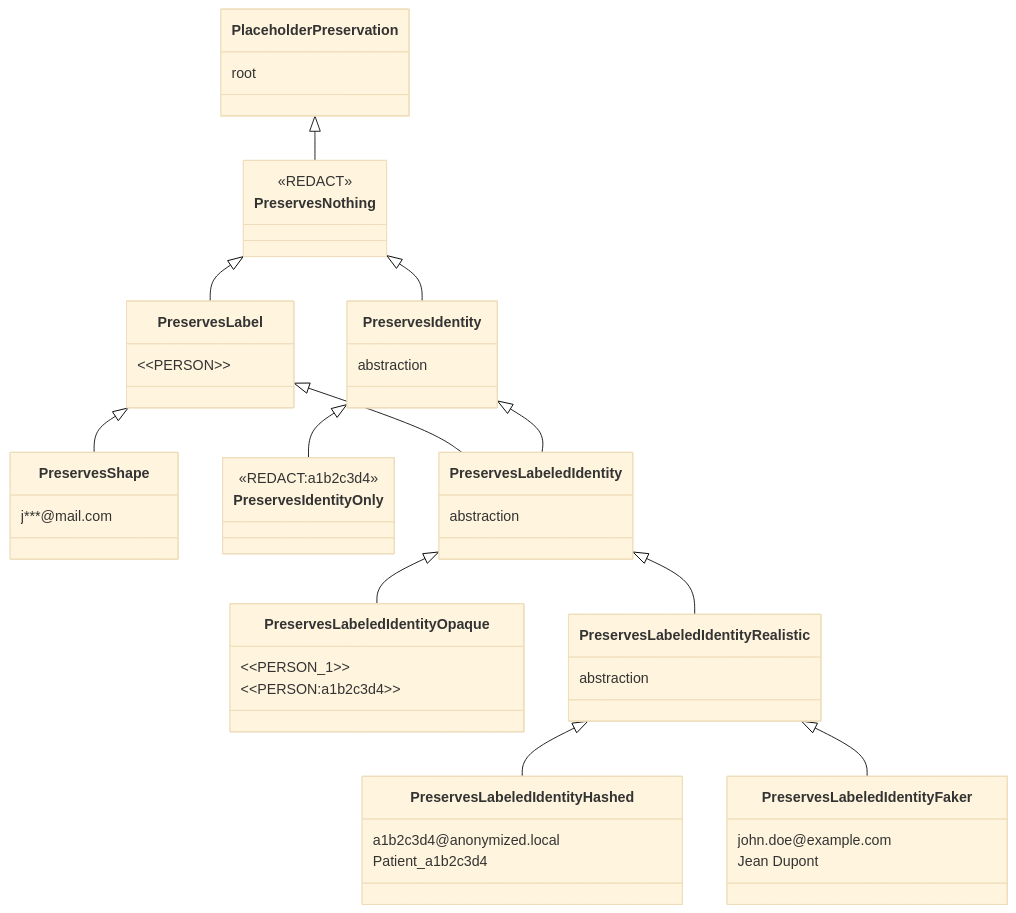
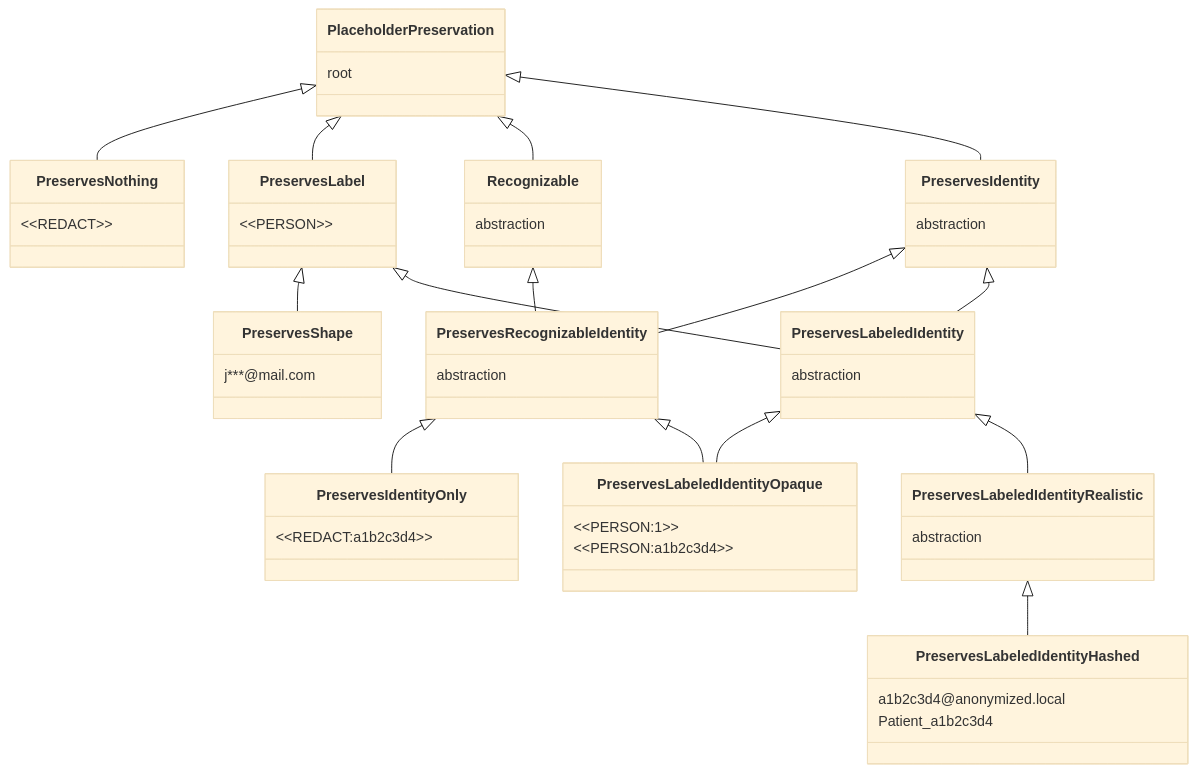
The diagram in docs/en/placeholder-factories.md (Athroniaeth/piighost), drawn with Mermaid (base theme) before and after one commit. The commit also changed other lines of this file and 57 other files, not shown here.

````diff
--- a/docs/en/placeholder-factories.md
+++ b/docs/en/placeholder-factories.md
@@ -155,51 +143,56 @@
 ```mermaid
 classDiagram
     class PlaceholderPreservation {
         root
     }
     class PreservesNothing {
-        <<REDACT>>
+        &lt;&lt;REDACT&gt;&gt;
     }
     class PreservesLabel {
         &lt;&lt;PERSON&gt;&gt;
     }
     class PreservesShape {
         j***@mail.com
     }
+    class Recognizable {
+        abstraction
+    }
     class PreservesIdentity {
         abstraction
     }
+    class PreservesRecognizableIdentity {
+        abstraction
+    }
     class PreservesIdentityOnly {
-        <<REDACT:a1b2c3d4>>
+        &lt;&lt;REDACT:a1b2c3d4&gt;&gt;
     }
     class PreservesLabeledIdentity {
         abstraction
     }
     class PreservesLabeledIdentityOpaque {
-        &lt;&lt;PERSON_1&gt;&gt;
+        &lt;&lt;PERSON:1&gt;&gt;
         &lt;&lt;PERSON:a1b2c3d4&gt;&gt;
     }
     class PreservesLabeledIdentityRealistic {
         abstraction
     }
     class PreservesLabeledIdentityHashed {
         a1b2c3d4@anonymized.local
         Patient_a1b2c3d4
     }
-    class PreservesLabeledIdentityFaker {
-        john.doe@example.com
-        Jean Dupont
-    }
 
     PlaceholderPreservation <|-- PreservesNothing
-    PreservesNothing <|-- PreservesLabel
-    PreservesNothing <|-- PreservesIdentity
+    PlaceholderPreservation <|-- PreservesLabel
+    PlaceholderPreservation <|-- Recognizable
+    PlaceholderPreservation <|-- PreservesIdentity
     PreservesLabel <|-- PreservesShape
-    PreservesIdentity <|-- PreservesIdentityOnly
+    PreservesIdentity <|-- PreservesRecognizableIdentity
+    Recognizable <|-- PreservesRecognizableIdentity
+    PreservesRecognizableIdentity <|-- PreservesIdentityOnly
     PreservesLabel <|-- PreservesLabeledIdentity
     PreservesIdentity <|-- PreservesLabeledIdentity
     PreservesLabeledIdentity <|-- PreservesLabeledIdentityOpaque
+    PreservesRecognizableIdentity <|-- PreservesLabeledIdentityOpaque
     PreservesLabeledIdentity <|-- PreservesLabeledIdentityRealistic
     PreservesLabeledIdentityRealistic <|-- PreservesLabeledIdentityHashed
-    PreservesLabeledIdentityRealistic <|-- PreservesLabeledIdentityFaker
 ```
````
